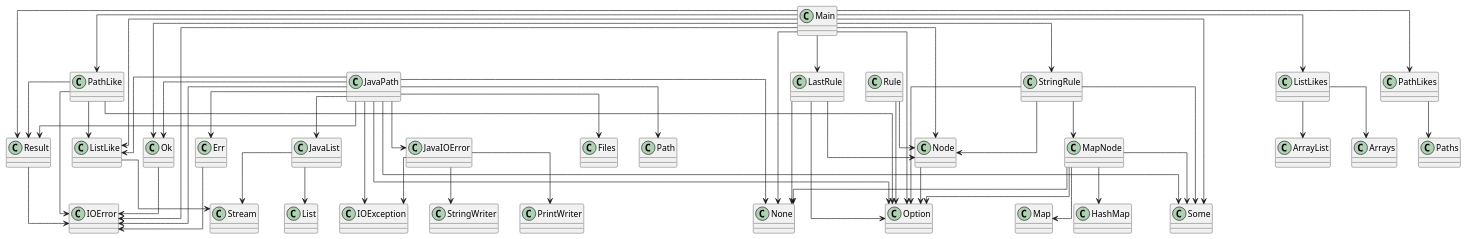
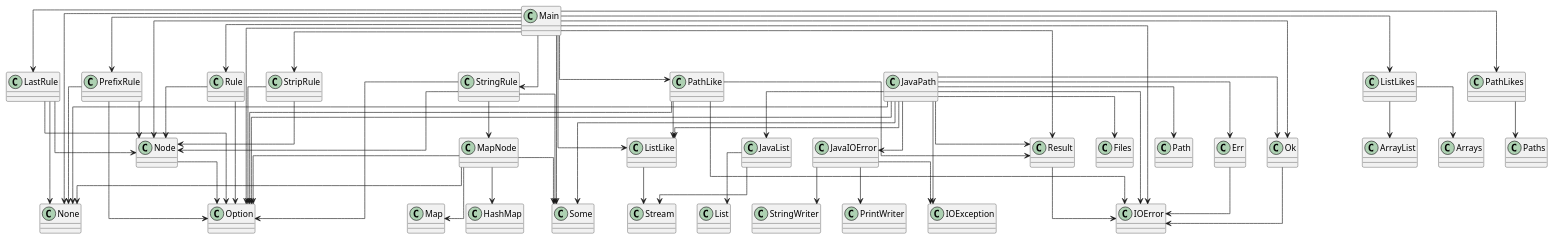
Before and after one commit to SirMathhman/Magma: the diagram in diagram.puml, drawn with PlantUML. The commit also changed 5 other files, not shown here.

```diff
--- a/diagram.puml
+++ b/diagram.puml
@@ -1,81 +1,91 @@
 @startuml
 skinparam linetype ortho
 class IOError
 class JavaIOError
 JavaIOError --> IOException
 JavaIOError --> PrintWriter
 JavaIOError --> StringWriter
 class JavaList
 JavaList --> List
 JavaList --> Stream
 class ListLike
 ListLike --> Stream
 class ListLikes
 ListLikes --> ArrayList
 ListLikes --> Arrays
 class Main
 Main --> IOError
 Main --> ListLike
 Main --> ListLikes
 Main --> Node
 Main --> None
 Main --> Option
 Main --> Some
 Main --> PathLike
 Main --> PathLikes
 Main --> Ok
 Main --> Result
 Main --> LastRule
+Main --> PrefixRule
+Main --> Rule
 Main --> StringRule
+Main --> StripRule
 class MapNode
 MapNode --> None
 MapNode --> Option
 MapNode --> Some
 MapNode --> HashMap
 MapNode --> Map
 class Node
 Node --> Option
 class None
 class Option
 class Some
 class JavaPath
 JavaPath --> IOError
 JavaPath --> JavaIOError
 JavaPath --> JavaList
 JavaPath --> ListLike
 JavaPath --> None
 JavaPath --> Option
 JavaPath --> Some
 JavaPath --> Err
 JavaPath --> Ok
 JavaPath --> Result
 JavaPath --> IOException
 JavaPath --> Files
 JavaPath --> Path
 class PathLike
 PathLike --> IOError
 PathLike --> ListLike
 PathLike --> Option
 PathLike --> Result
 class PathLikes
 PathLikes --> Paths
 class Err
 Err --> IOError
 class Ok
 Ok --> IOError
 class Result
 Result --> IOError
 class LastRule
 LastRule --> Node
 LastRule --> None
 LastRule --> Option
+class PrefixRule
+PrefixRule --> Node
+PrefixRule --> None
+PrefixRule --> Option
 class Rule
 Rule --> Node
 Rule --> Option
 class StringRule
 StringRule --> MapNode
 StringRule --> Node
 StringRule --> Option
 StringRule --> Some
+class StripRule
+StripRule --> Node
+StripRule --> Option
 
 @enduml
```
